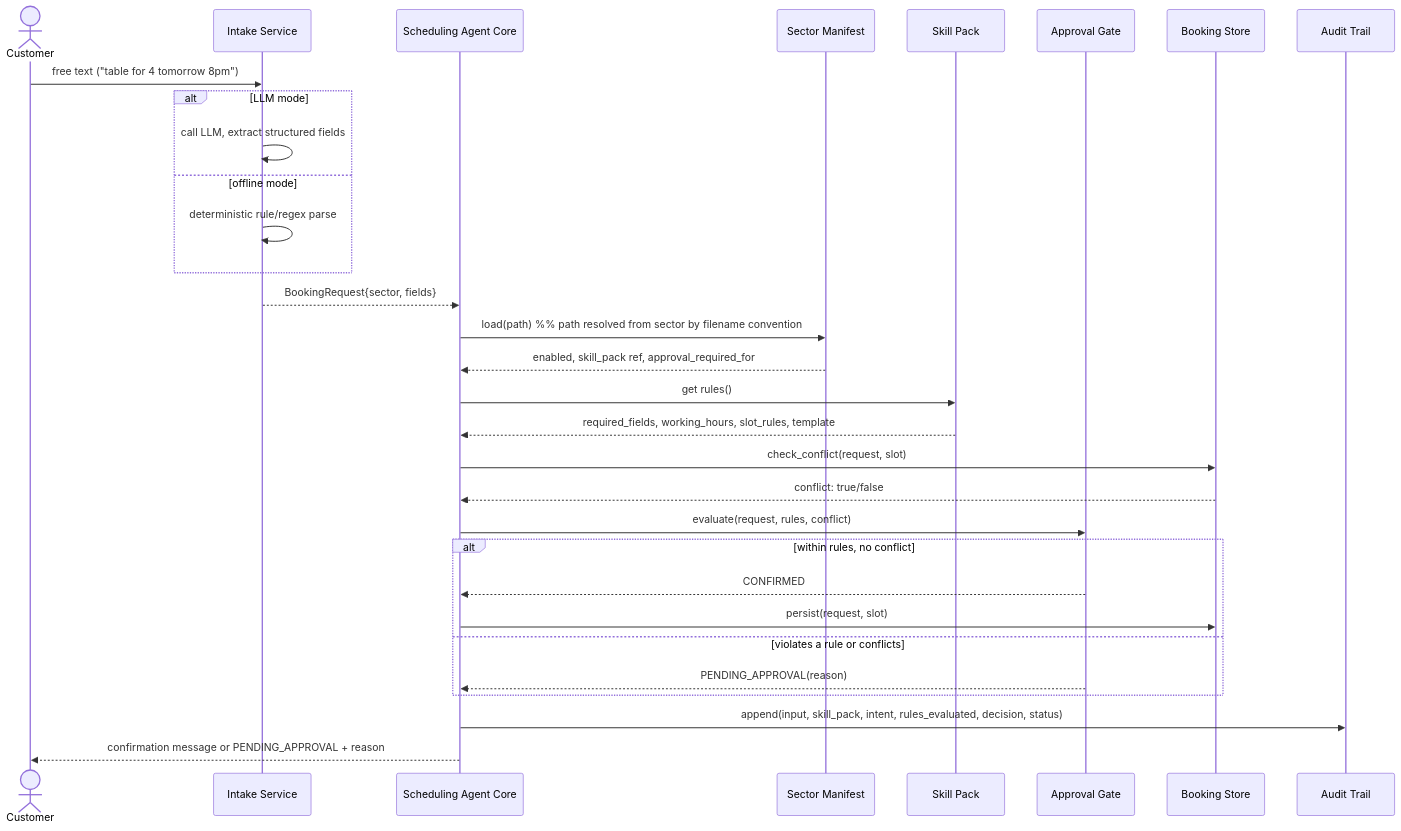
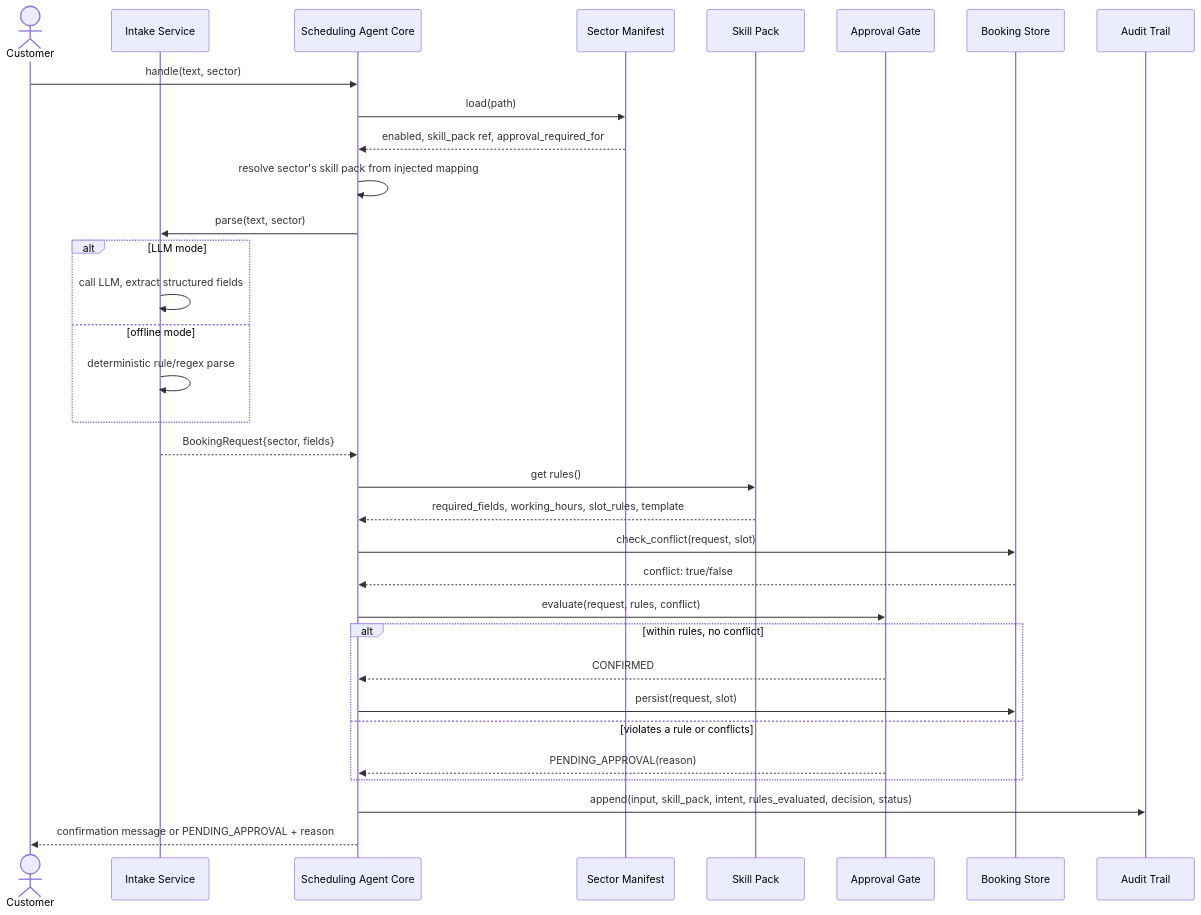
Before and after one commit to AhmedOmer013/eais-scheduling-agent: the second of 3 diagrams in diagrams/DIAGRAMS.md, drawn with Mermaid. The commit also changed other lines of this file and 4 other files, not shown here.

First line of the commit message:
Fix remaining diagram sync gaps found in T6 review

````diff
--- a/diagrams/DIAGRAMS.md
+++ b/diagrams/DIAGRAMS.md
@@ -61,34 +61,36 @@
 ```mermaid
 sequenceDiagram
     actor Cust as Customer
     participant Intake as Intake Service
     participant Core as Scheduling Agent Core
     participant Manifest as Sector Manifest
     participant SP as Skill Pack
     participant Gate as Approval Gate
     participant Store as Booking Store
     participant Audit as Audit Trail
 
-    Cust->>Intake: free text ("table for 4 tomorrow 8pm")
+    Cust->>Core: handle(text, sector)
+    Core->>Manifest: load(path)
+    Manifest-->>Core: enabled, skill_pack ref, approval_required_for
+    Core->>Core: resolve sector's skill pack from injected mapping
+    Core->>Intake: parse(text, sector)
     alt LLM mode
         Intake->>Intake: call LLM, extract structured fields
     else offline mode
         Intake->>Intake: deterministic rule/regex parse
     end
     Intake-->>Core: BookingRequest{sector, fields}
-    Core->>Manifest: load(path)  %% path resolved from sector by filename convention
-    Manifest-->>Core: enabled, skill_pack ref, approval_required_for
     Core->>SP: get rules()
     SP-->>Core: required_fields, working_hours, slot_rules, template
     Core->>Store: check_conflict(request, slot)
     Store-->>Core: conflict: true/false
     Core->>Gate: evaluate(request, rules, conflict)
     alt within rules, no conflict
         Gate-->>Core: CONFIRMED
         Core->>Store: persist(request, slot)
     else violates a rule or conflicts
         Gate-->>Core: PENDING_APPROVAL(reason)
     end
     Core->>Audit: append(input, skill_pack, intent, rules_evaluated, decision, status)
     Core-->>Cust: confirmation message or PENDING_APPROVAL + reason
 ```
````
